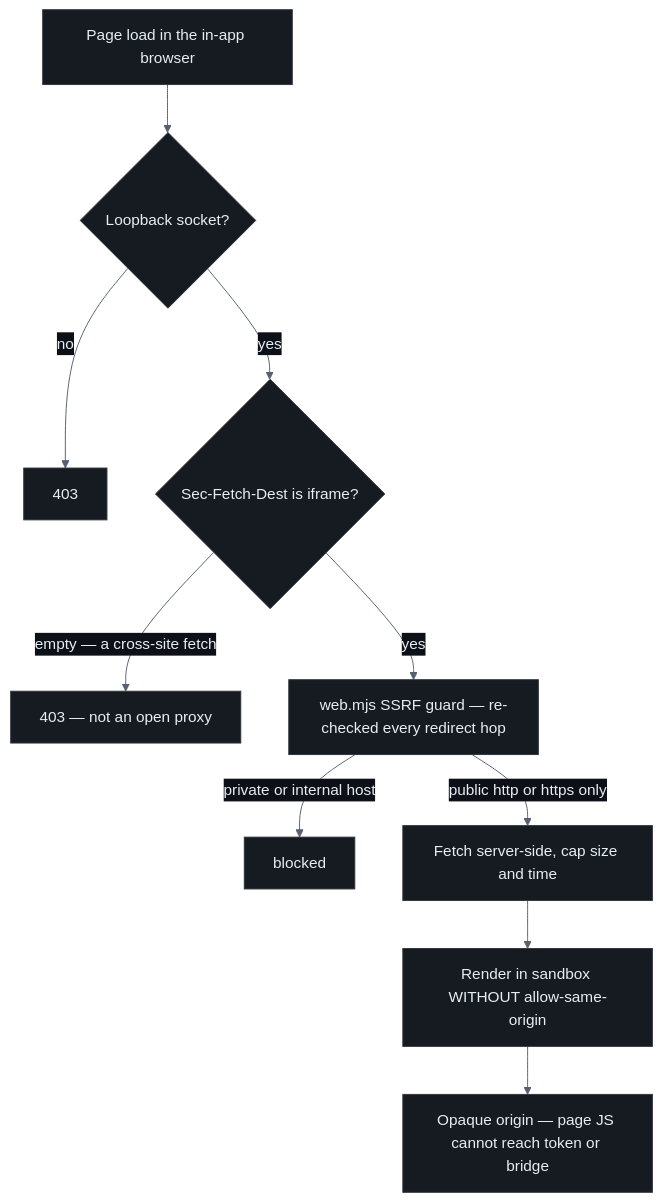
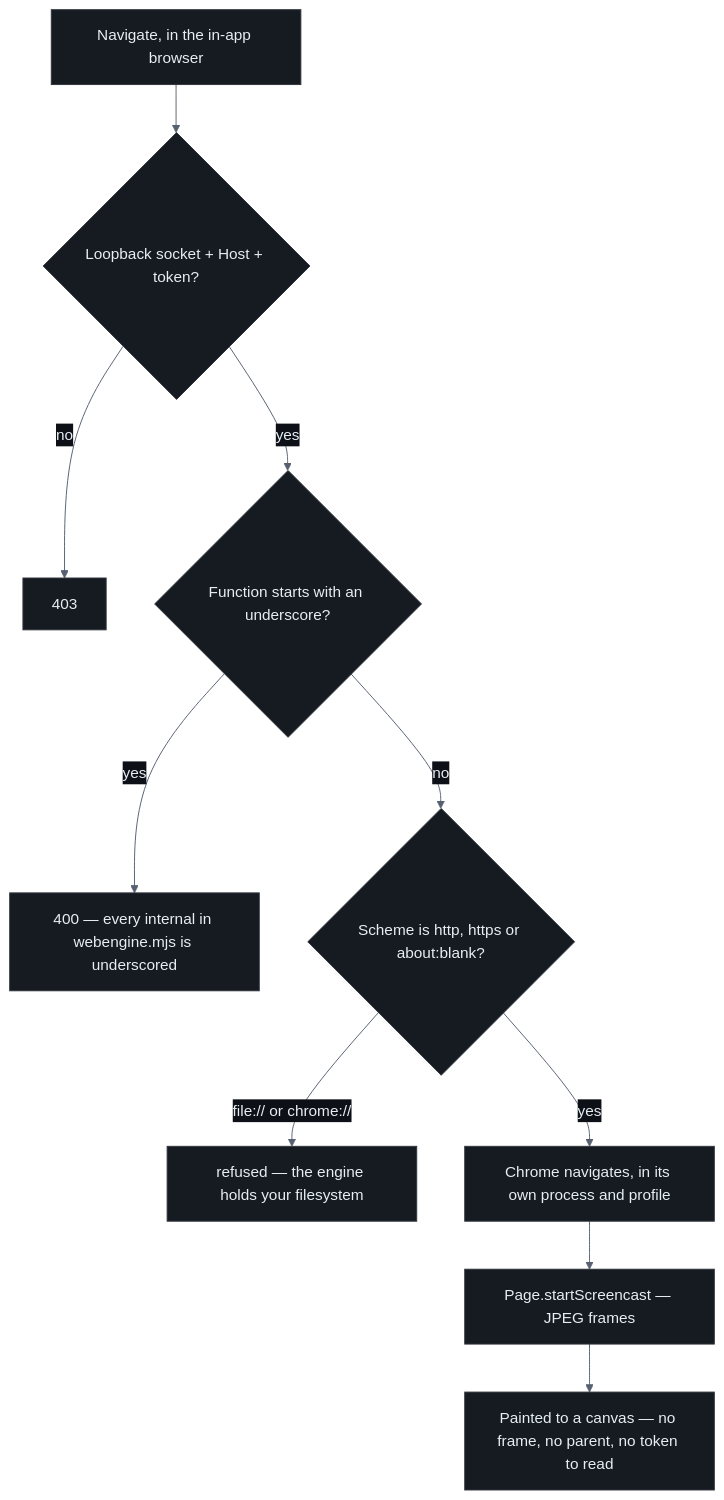
One commit to devclone20/cloneframe_app_executable changed the sixth of 11 diagrams in docs/ARCHITECTURE.md. Above: the diagram before and after it, drawn with Mermaid. The commit also changed other lines of this file and 49 other files, not shown here.

````diff
--- a/docs/ARCHITECTURE.md
+++ b/docs/ARCHITECTURE.md
@@ -185,13 +185,13 @@
 ```mermaid
 %%{init: {'theme':'base','themeVariables':{'background':'#0d1117','mainBkg':'#161b22','primaryColor':'#161b22','primaryBorderColor':'#ff3b30','primaryTextColor':'#e6edf3','nodeBorder':'#30363d','nodeTextColor':'#e6edf3','lineColor':'#566070','secondaryColor':'#161b22','tertiaryColor':'#0d1117','clusterBkg':'#10151c','clusterBorder':'#30363d','titleColor':'#e6edf3','edgeLabelBackground':'#0d1117','fontFamily':'ui-monospace, SFMono-Regular, Menlo, monospace','actorBkg':'#161b22','actorBorder':'#ff3b30','actorTextColor':'#e6edf3','signalColor':'#8b949e','signalTextColor':'#c9d1d9','labelBoxBkgColor':'#161b22','labelBoxBorderColor':'#30363d','labelTextColor':'#e6edf3','loopTextColor':'#e6edf3','noteBkgColor':'#1c2028','noteBorderColor':'#e8b86d','noteTextColor':'#c9d1d9','activationBkgColor':'#30363d','activationBorderColor':'#8b949e','sequenceNumberColor':'#0d1117'}}}%%
 flowchart TB
-    PAGE["Page load in the in-app browser"] --> G1{"Loopback socket?"}
+    PAGE["Navigate, in the in-app browser"] --> G1{"Loopback socket + Host + token?"}
     G1 -->|no| X1["403"]
-    G1 -->|yes| G2{"Sec-Fetch-Dest is iframe?"}
-    G2 -->|"empty — a cross-site fetch"| X2["403 — not an open proxy"]
-    G2 -->|yes| G3["web.mjs SSRF guard — re-checked every redirect hop"]
-    G3 -->|"private or internal host"| X3["blocked"]
-    G3 -->|"public http or https only"| G4["Fetch server-side, cap size and time"]
-    G4 --> G5["Render in sandbox WITHOUT allow-same-origin"]
-    G5 --> DONE["Opaque origin — page JS cannot reach token or bridge"]
+    G1 -->|yes| G2{"Function starts with an underscore?"}
+    G2 -->|yes| X2["400 — every internal in webengine.mjs is underscored"]
+    G2 -->|no| G3{"Scheme is http, https or about:blank?"}
+    G3 -->|"file:// or chrome://"| X3["refused — the engine holds your filesystem"]
+    G3 -->|yes| G4["Chrome navigates, in its own process and profile"]
+    G4 --> G5["Page.startScreencast — JPEG frames"]
+    G5 --> DONE["Painted to a canvas — no frame, no parent, no token to read"]
 ```
````
